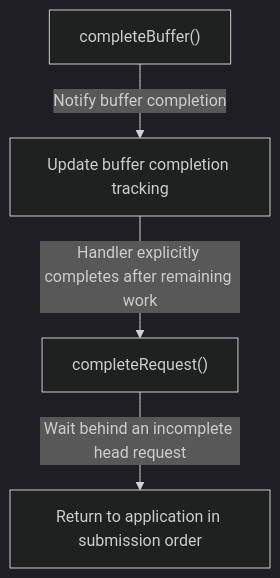
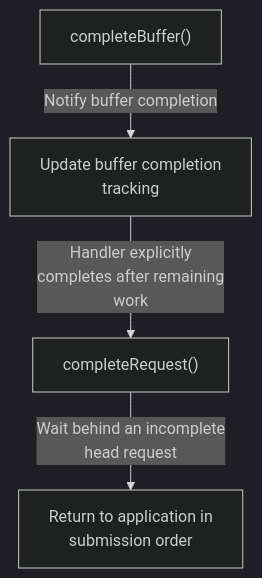
One commit to TTolsun/libcamera-sdd changed the diagram in docs/en/pipeline-handler.buffer-request-completion.mmd. Above: the diagram before and after it, drawn with Mermaid (dark theme). The commit also changed 98 other files, not shown here.

```diff
--- a/docs/en/pipeline-handler.buffer-request-completion.mmd
+++ b/docs/en/pipeline-handler.buffer-request-completion.mmd
@@ -1,9 +1,9 @@
 flowchart TB
 
   v_buffer["completeBuffer()"]
-  v_remaining["Update buffer completion tracking"]
+  v_remaining["Update buffer completion <br/>tracking"]
   v_request["completeRequest()"]
-  v_application["Return to application in submission order"]
+  v_application["Return to application in <br/>submission order"]
   v_buffer -->|"Notify buffer completion"| v_remaining
-  v_remaining -->|"Handler explicitly completes after remaining work"| v_request
-  v_request -->|"Wait behind an incomplete head request"| v_application
+  v_remaining -->|"Handler explicitly <br/>completes after remaining <br/>work"| v_request
+  v_request -->|"Wait behind an incomplete <br/>head request"| v_application
```
